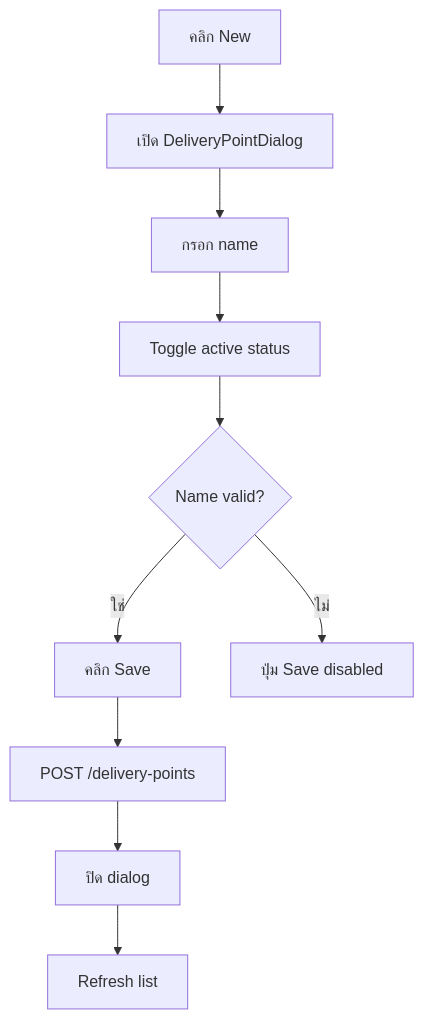
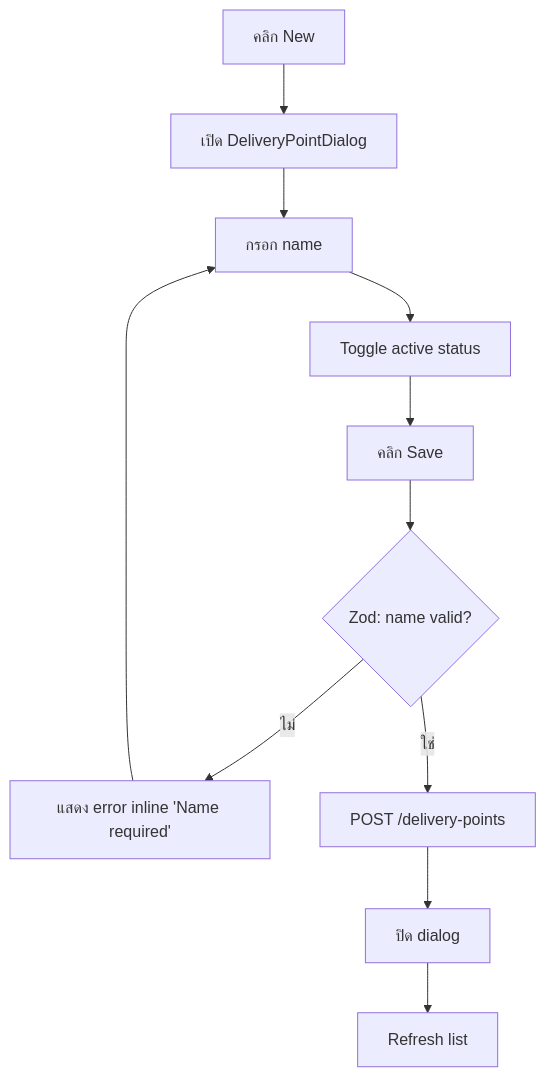
Before and after one commit to CarmenSoftware-organization/carmen-wiki: the second of 3 diagrams in th/inventory/master-data/delivery-point.md, drawn with Mermaid. The commit also changed other lines of this file and 20 other files, not shown here.

Commit message:
fix(product,master-data,recipe): correct 13 diagrams against code, drop disabled-export diagram (review round 1)

````diff
--- a/th/inventory/master-data/delivery-point.md
+++ b/th/inventory/master-data/delivery-point.md
@@ -52,12 +52,13 @@
 ```mermaid
 flowchart TD
     A["คลิก New"] --> B["เปิด DeliveryPointDialog"]
     B --> C["กรอก name"]
     C --> D["Toggle active status"]
-    D --> E{"Name valid?"}
-    E -->|"ใช่"| F["คลิก Save"]
-    E -->|"ไม่"| G["ปุ่ม Save disabled"]
-    F --> H["POST /delivery-points"]
+    D --> E["คลิก Save"]
+    E --> F{"Zod: name valid?"}
+    F -->|"ไม่"| G["แสดง error inline 'Name required'"]
+    G --> C
+    F -->|"ใช่"| H["POST /delivery-points"]
     H --> I["ปิด dialog"]
     I --> J["Refresh list"]
 ```
````
